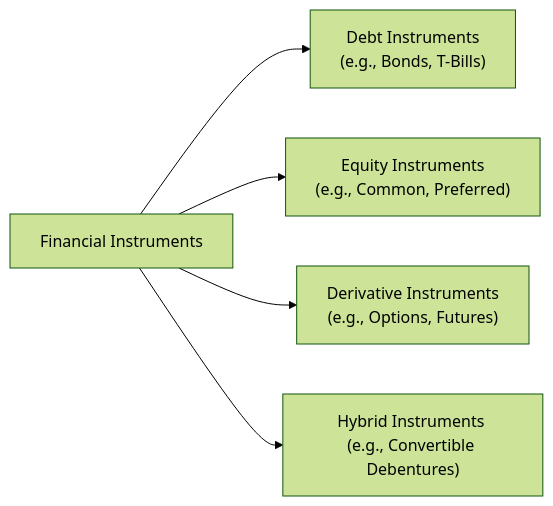
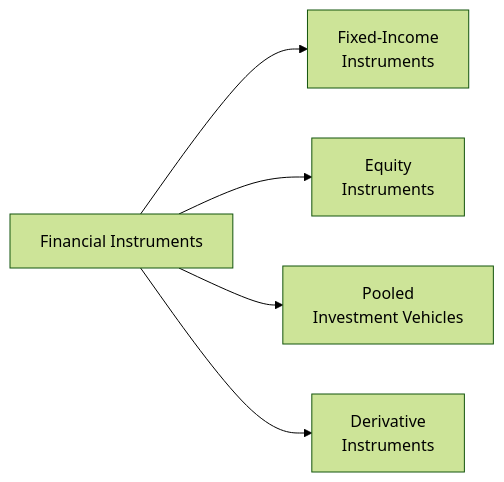
The diagram in content/ifc/2/2/index.md (MasteryEducation/SecuritiesExamsMastery.ca), drawn with Mermaid (forest theme) before and after one commit. The commit also changed other lines of this file and 130 other files, not shown here.

````diff
--- a/content/ifc/2/2/index.md
+++ b/content/ifc/2/2/index.md
@@ -19,7 +46,7 @@
 ```mermaid
-flowchart LR
-A["Financial Instruments"] --> B["Debt Instruments <br/>(e.g., Bonds, T-Bills)"]
-A --> C["Equity Instruments <br/>(e.g., Common, Preferred)"]
-A --> D["Derivative Instruments <br/>(e.g., Options, Futures)"]
-A --> E["Hybrid Instruments <br/>(e.g., Convertible Debentures)"]
+graph LR
+    A["Financial Instruments"] --> B["Fixed-Income<br/>Instruments"]
+    A["Financial Instruments"] --> C["Equity<br/>Instruments"]
+    A["Financial Instruments"] --> D["Pooled<br/>Investment Vehicles"]
+    A["Financial Instruments"] --> E["Derivative<br/>Instruments"]
 ```
````
